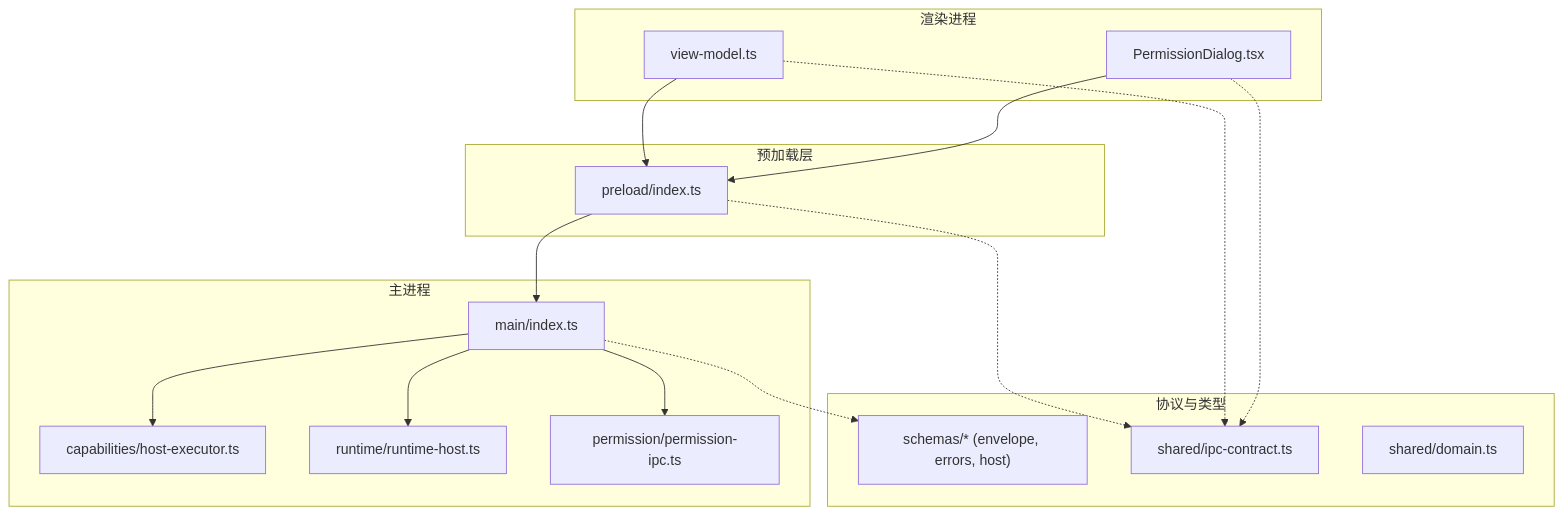
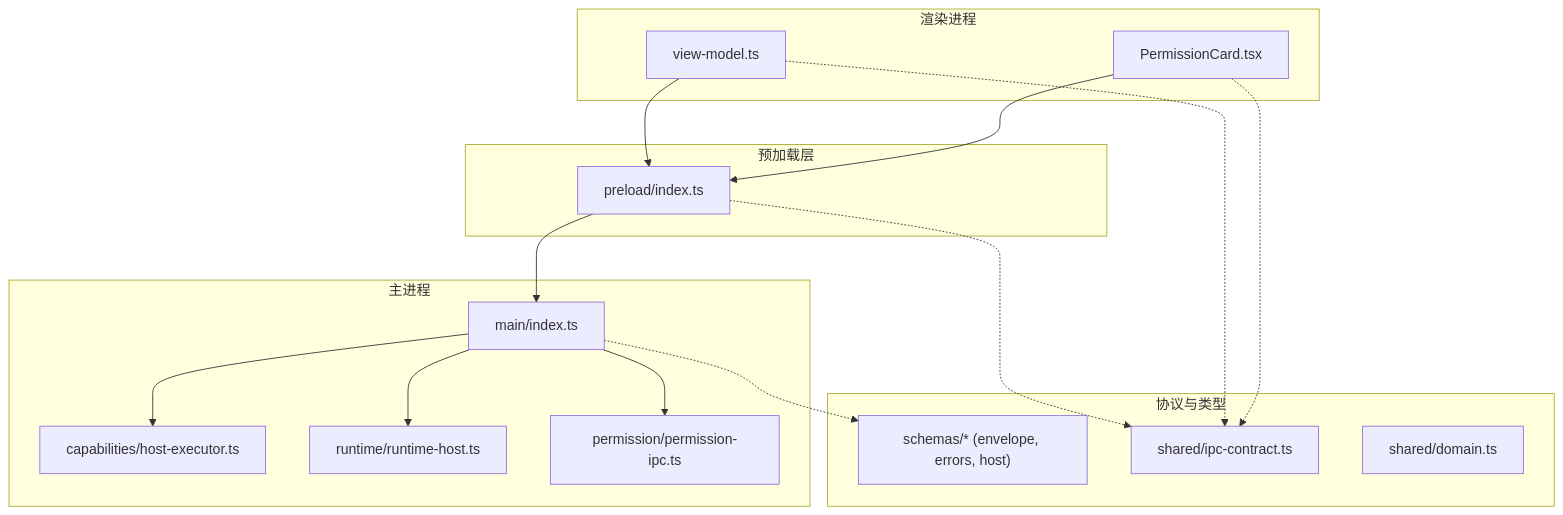
One commit to Azusa010/personal-agent changed the first of 7 diagrams in .repowiki/zh/content/架构设计/通信协议设计/IPC 通信协议.md. Above: the diagram before and after it, drawn with Mermaid. The commit also changed other lines of this file and 88 other files, not shown here.

````diff
--- a/.repowiki/zh/content/架构设计/通信协议设计/IPC 通信协议.md
+++ b/.repowiki/zh/content/架构设计/通信协议设计/IPC 通信协议.md
@@ -42,31 +42,31 @@
 ```mermaid
 graph TB
 subgraph "渲染进程"
 RVM["view-model.ts"]
-PD["PermissionDialog.tsx"]
+PD["PermissionCard.tsx"]
 end
 subgraph "预加载层"
 PL["preload/index.ts"]
 end
 subgraph "主进程"
 MI["main/index.ts"]
 HE["capabilities/host-executor.ts"]
 RH["runtime/runtime-host.ts"]
 PI["permission/permission-ipc.ts"]
 end
 subgraph "协议与类型"
 SCHEMA["schemas/* (envelope, errors, host)"]
 CONTRACT["shared/ipc-contract.ts"]
 DOMAIN["shared/domain.ts"]
 end
 RVM --> PL
 PD --> PL
 PL --> MI
 MI --> HE
 MI --> RH
 MI --> PI
 MI -.-> SCHEMA
 PL -.-> CONTRACT
 RVM -.-> CONTRACT
 PD -.-> CONTRACT
 ```
````
